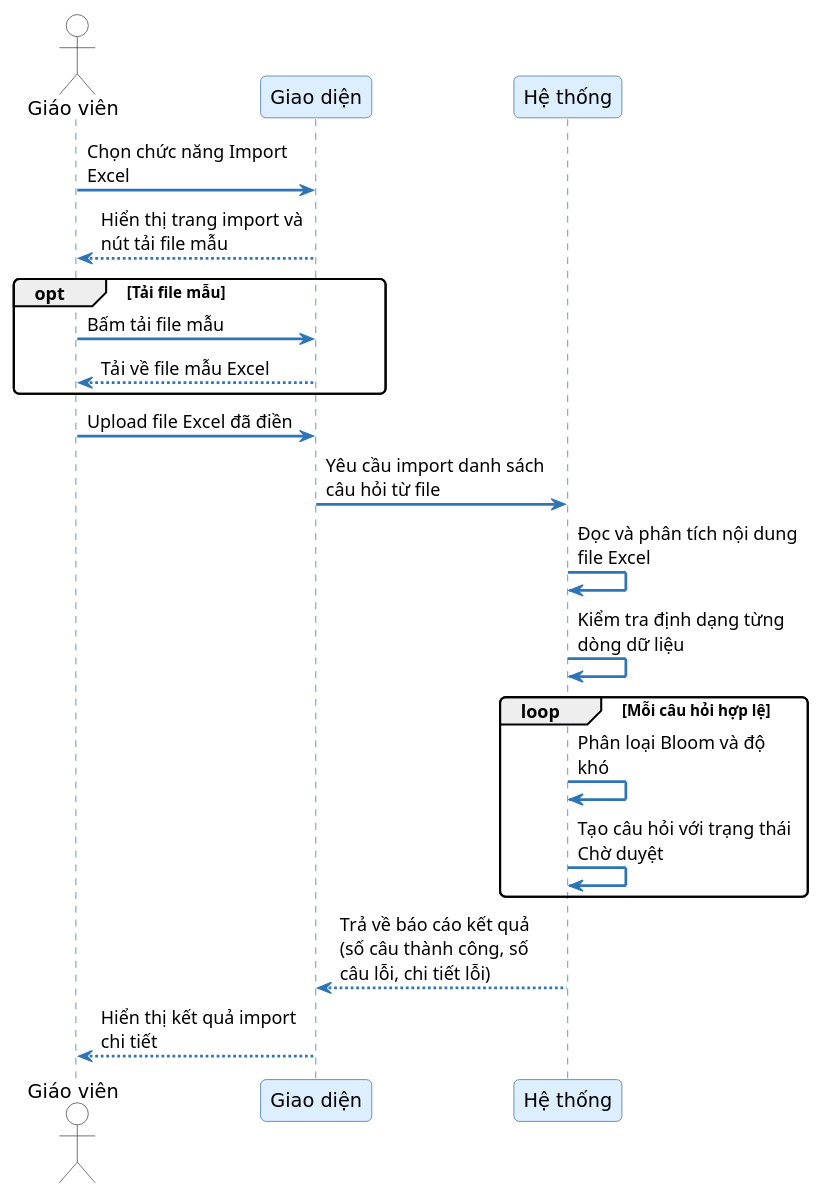
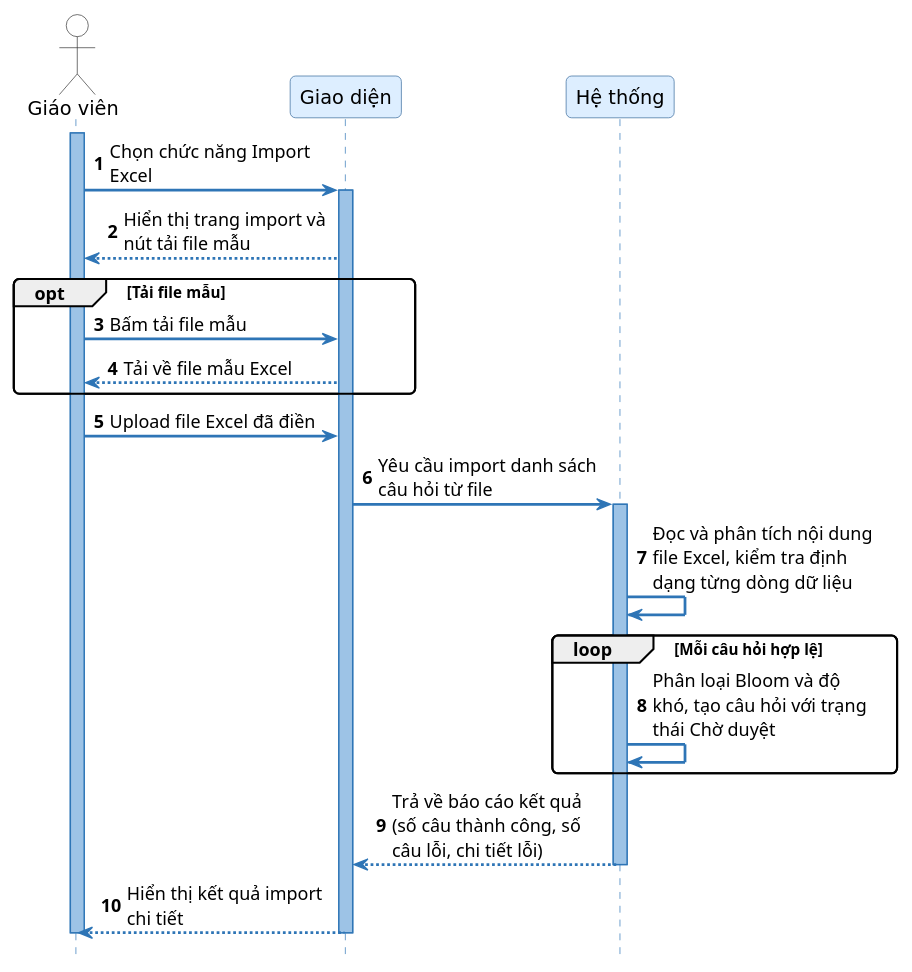
Before and after one commit to trantrungno3/ExamHub: the diagram in uml/seq_diagrams/SD27_import_cau_hoi_hang_loat_tu_excel.puml, drawn with PlantUML. The commit also changed 100 other files, not shown here.

First line of the commit message:
Refactor sequence diagrams for exam generation and management

```diff
--- a/uml/seq_diagrams/SD27_import_cau_hoi_hang_loat_tu_excel.puml
+++ b/uml/seq_diagrams/SD27_import_cau_hoi_hang_loat_tu_excel.puml
@@ -1,48 +1,51 @@
 @startuml SD27_import_cau_hoi_hang_loat_tu_excel
+autonumber
 skinparam sequenceArrowThickness 2
 skinparam roundcorner 8
 skinparam maxmessagesize 160
 skinparam sequence {
     ArrowColor #2E75B6
     ActorBorderColor #333333
-    LifeLineBorderColor #336699
-    LifeLineBackgroundColor #EEF4FF
+    LifeLineBorderColor #2E75B6
+    LifeLineBackgroundColor #9DC3E6
     ParticipantBorderColor #336699
     ParticipantBackgroundColor #DDEEFF
     ParticipantFontSize 14
     ParticipantFontName "DejaVu Sans"
     ActorBackgroundColor White
     ActorFontName "DejaVu Sans"
     ActorFontSize 14
     NoteBackgroundColor #FFFFCC
     NoteBorderColor #CCCC00
 }
 skinparam fontname "DejaVu Sans"
+hide footbox
 
 actor "Giáo viên" as Teacher
 participant "Giao diện" as FE
 participant "Hệ thống" as SYS
 
-Teacher -> FE : Chọn chức năng Import Excel
+activate Teacher
+Teacher -> FE ++ : Chọn chức năng Import Excel
 FE --> Teacher : Hiển thị trang import và nút tải file mẫu
 
 opt Tải file mẫu
     Teacher -> FE : Bấm tải file mẫu
     FE --> Teacher : Tải về file mẫu Excel
 end
 
 Teacher -> FE : Upload file Excel đã điền
-FE -> SYS : Yêu cầu import danh sách câu hỏi từ file
+FE -> SYS ++ : Yêu cầu import danh sách câu hỏi từ file
 
-SYS -> SYS : Đọc và phân tích nội dung file Excel
-SYS -> SYS : Kiểm tra định dạng từng dòng dữ liệu
+SYS -> SYS : Đọc và phân tích nội dung file Excel, kiểm tra định dạng từng dòng dữ liệu
 
 loop Mỗi câu hỏi hợp lệ
-    SYS -> SYS : Phân loại Bloom và độ khó
-    SYS -> SYS : Tạo câu hỏi với trạng thái Chờ duyệt
+    SYS -> SYS : Phân loại Bloom và độ khó, tạo câu hỏi với trạng thái Chờ duyệt
 end
 
-SYS --> FE : Trả về báo cáo kết quả\n(số câu thành công, số câu lỗi, chi tiết lỗi)
+SYS --> FE -- : Trả về báo cáo kết quả\n(số câu thành công, số câu lỗi, chi tiết lỗi)
 FE --> Teacher : Hiển thị kết quả import chi tiết
+deactivate FE
+deactivate Teacher
 
 @enduml
```
